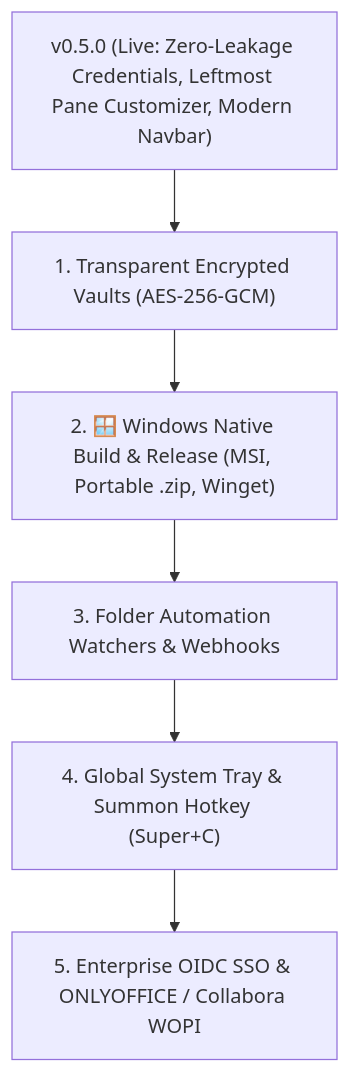
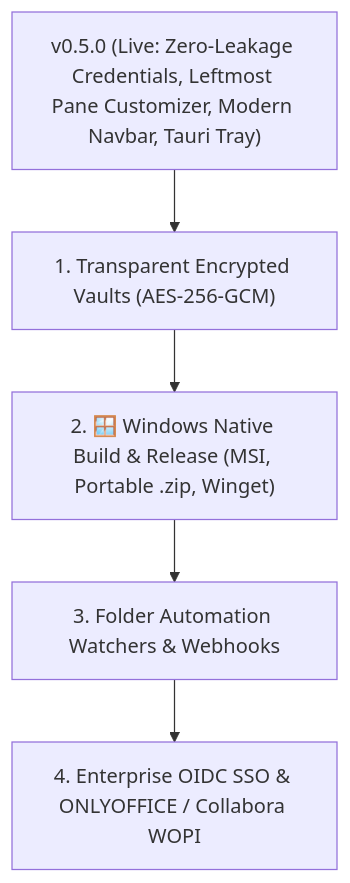
One commit to Woofson/commanderdog changed the diagram in ROADMAP.md. Above: the diagram before and after it, drawn with Mermaid. The commit also changed other lines of this file, not shown here.

Commit message:
docs(roadmap): mark Tauri v2 desktop and system tray milestone as completed

````diff
--- a/ROADMAP.md
+++ b/ROADMAP.md
@@ -87,8 +92,7 @@
 ```mermaid
 graph TD
-    A["v0.5.0 (Live: Zero-Leakage Credentials, Leftmost Pane Customizer, Modern Navbar)"] --> B["1. Transparent Encrypted Vaults (AES-256-GCM)"]
+    A["v0.5.0 (Live: Zero-Leakage Credentials, Leftmost Pane Customizer, Modern Navbar, Tauri Tray)"] --> B["1. Transparent Encrypted Vaults (AES-256-GCM)"]
     B --> C["2. 🪟 Windows Native Build & Release (MSI, Portable .zip, Winget)"]
     C --> D["3. Folder Automation Watchers & Webhooks"]
-    D --> E["4. Global System Tray & Summon Hotkey (Super+C)"]
-    E --> F["5. Enterprise OIDC SSO & ONLYOFFICE / Collabora WOPI"]
+    D --> E["4. Enterprise OIDC SSO & ONLYOFFICE / Collabora WOPI"]
 ```
````
